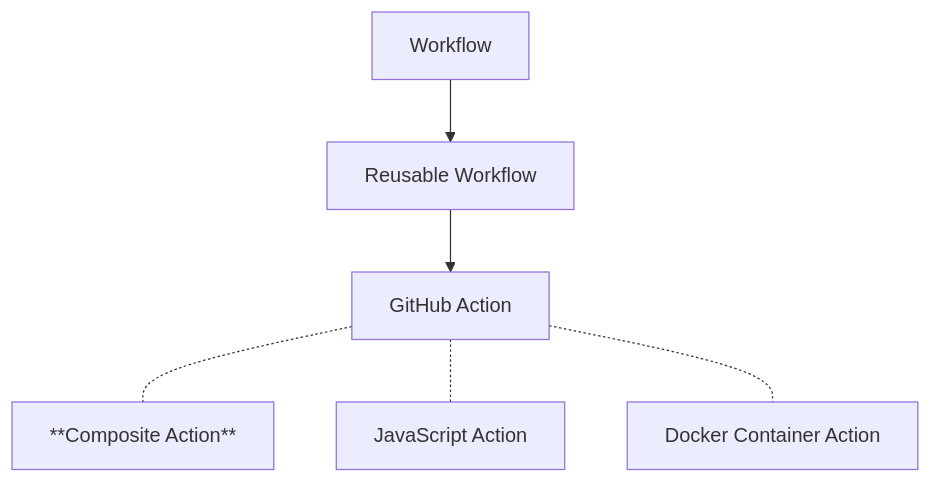
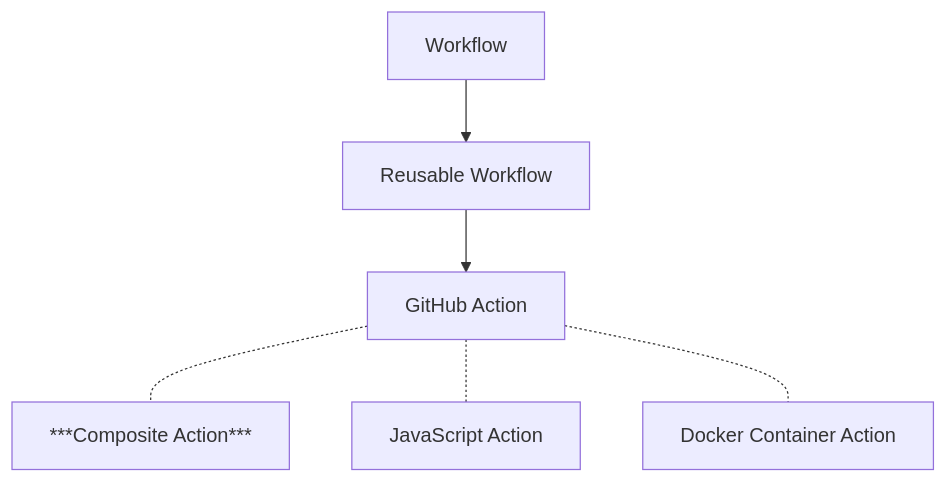
One commit to devantler-tech/workflows changed the diagram in README.md. Above: the diagram before and after it, drawn with Mermaid.

Commit message:
fix: correct emphasis on "Composite Action" in diagram

````diff
--- a/README.md
+++ b/README.md
@@ -10,8 +10,8 @@
 ```mermaid
 graph TD
   A[Workflow] --> B[Reusable Workflow]
   B --> C[GitHub Action]
-  C -.- D[**Composite Action**]
+  C -.- D[***Composite Action***]
   C -.- E[JavaScript Action]
   C -.- F[Docker Container Action]
 ```
````
